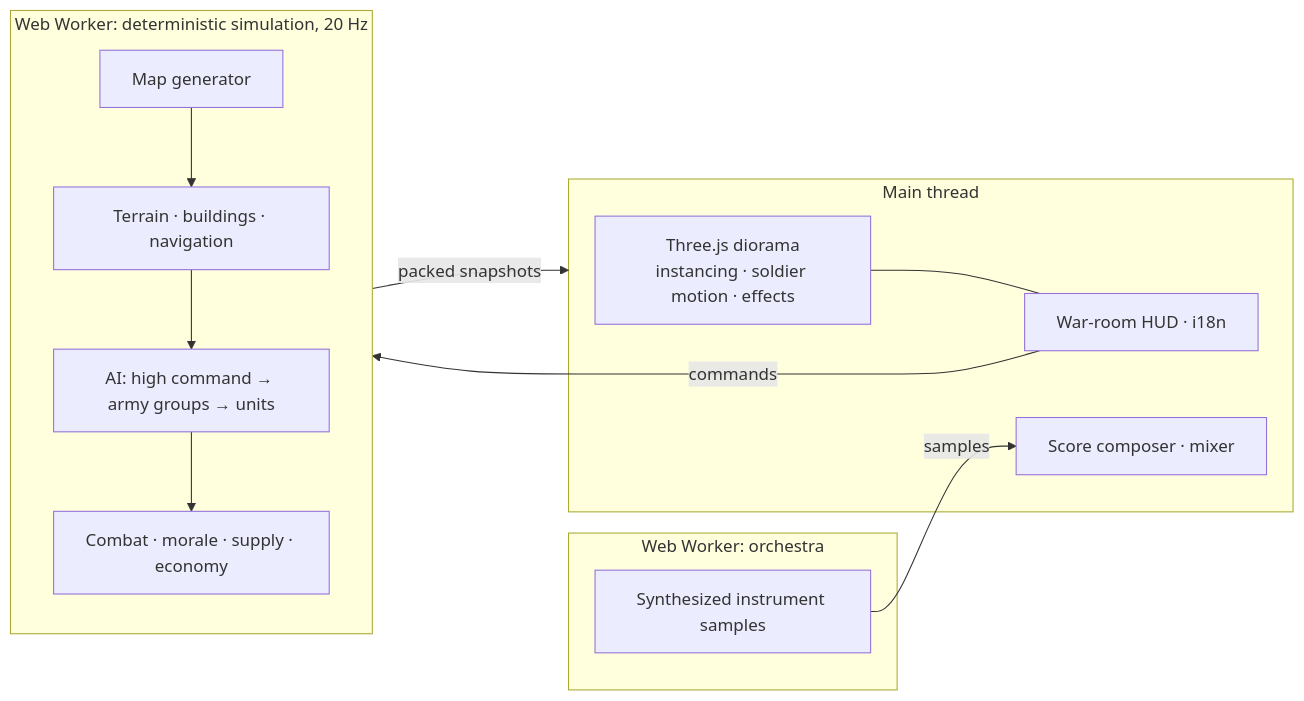
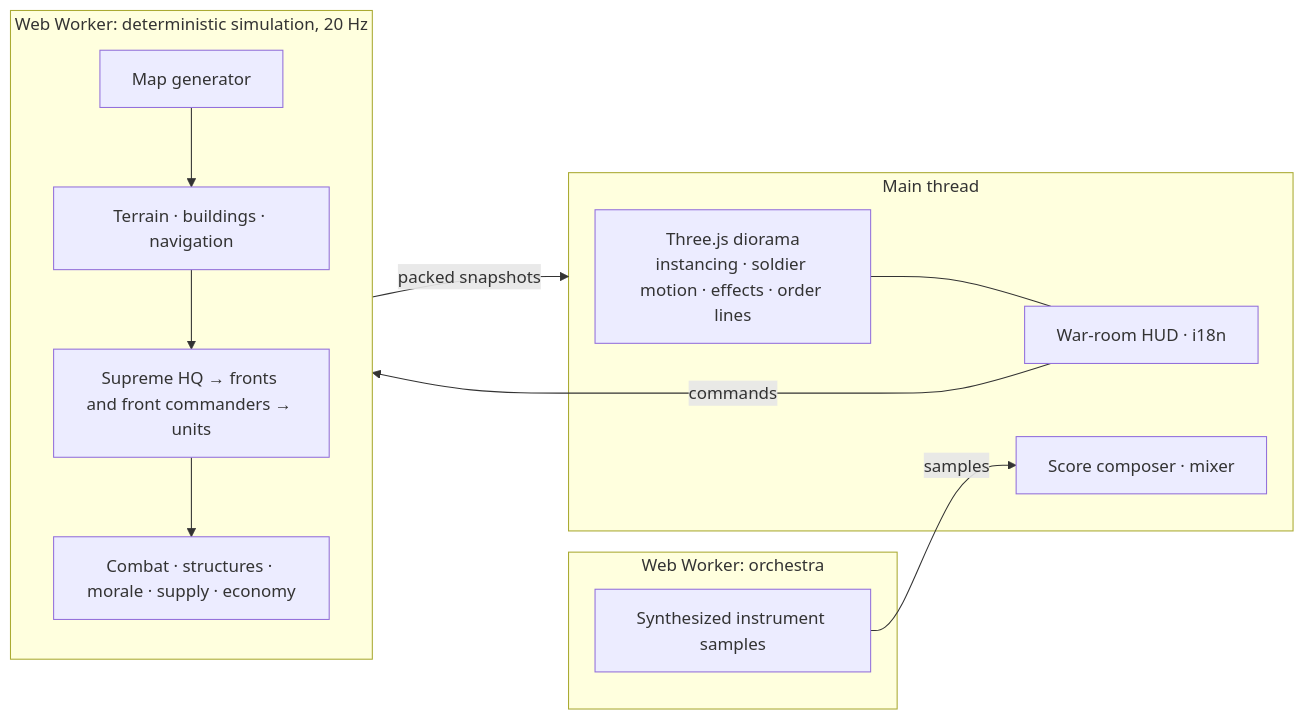
Before and after one commit to Zwl20085/LittleWarGame: the second of 2 diagrams in README.md, drawn with Mermaid. The commit also changed other lines of this file and 9 other files, not shown here.

First line of the commit message:
docs: README 2.0 (en + zh) — supreme-HQ orders, front commanders, structures, armour, challenge lab, roadmap

````diff
--- a/README.md
+++ b/README.md
@@ -171,18 +220,18 @@
 ```mermaid
 flowchart LR
   subgraph Worker[Web Worker: deterministic simulation, 20 Hz]
     MG[Map generator] --> T[Terrain · buildings · navigation]
-    T --> AI[AI: high command → army groups → units]
-    AI --> CB[Combat · morale · supply · economy]
+    T --> AI[Supreme HQ → fronts and front commanders → units]
+    AI --> CB[Combat · structures · morale · supply · economy]
   end
   Worker -- packed snapshots --> Main
   subgraph Main[Main thread]
-    R[Three.js diorama<br/>instancing · soldier motion · effects] --- UI[War-room HUD · i18n]
+    R[Three.js diorama<br/>instancing · soldier motion · effects · order lines] --- UI[War-room HUD · i18n]
     AU[Score composer · mixer]
   end
   subgraph Orch[Web Worker: orchestra]
     OR[Synthesized instrument samples]
   end
   OR -- samples --> AU
   UI -- commands --> Worker
 ```
````
